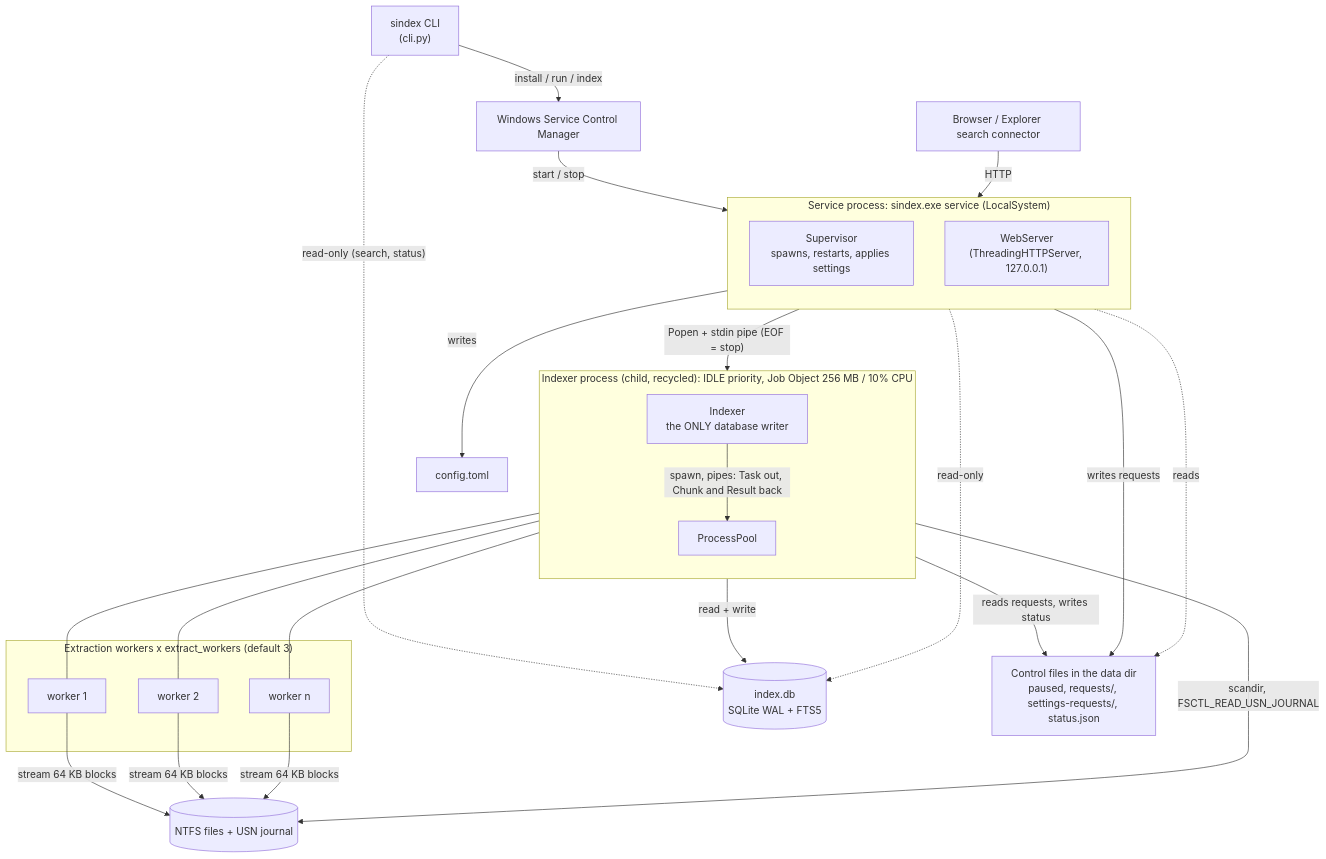
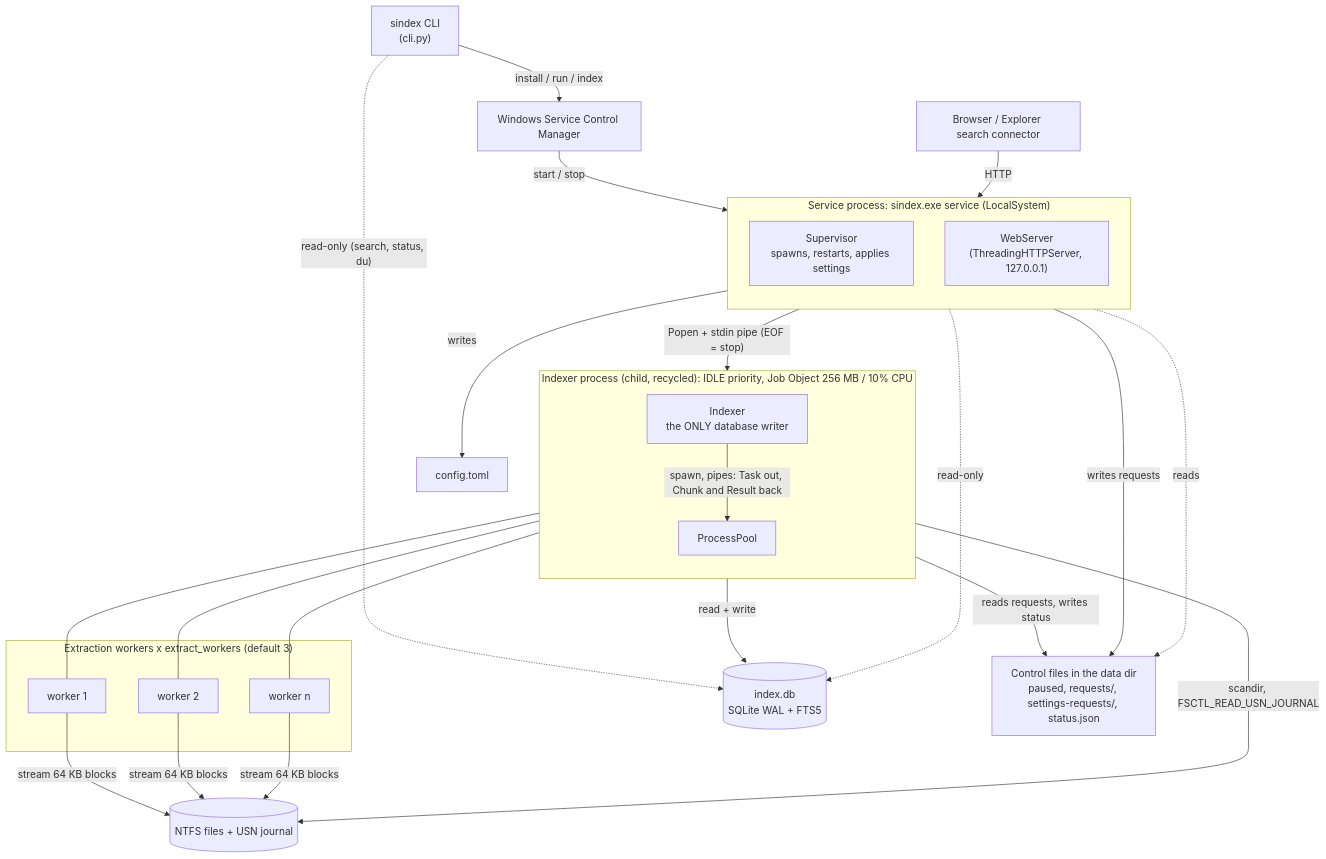
The first of 16 diagrams in architecture.md (igrowing/sindex), drawn with Mermaid before and after one commit. The commit also changed other lines of this file, not shown here.

````diff
--- a/architecture.md
+++ b/architecture.md
@@ -33,48 +33,48 @@
 ```mermaid
 flowchart TB
     SCM["Windows Service Control Manager"]
     CLI["sindex CLI<br/>(cli.py)"]
     Browser["Browser / Explorer search connector"]
 
     subgraph SVC["Service process: sindex.exe service (LocalSystem)"]
         direction TB
         Sup["Supervisor<br/>spawns, restarts, applies settings"]
         Web["WebServer<br/>(ThreadingHTTPServer, 127.0.0.1)"]
     end
 
     subgraph IDX["Indexer process (child, recycled): IDLE priority, Job Object 256 MB / 10% CPU"]
         direction TB
         Ind["Indexer<br/>the ONLY database writer"]
         Pool["ProcessPool"]
     end
 
     subgraph WRK["Extraction workers x extract_workers (default 3)"]
         W1["worker 1"]
         W2["worker 2"]
         W3["worker n"]
     end
 
     DB[("index.db<br/>SQLite WAL + FTS5")]
     Files["Control files in the data dir<br/>paused, requests/, settings-requests/, status.json"]
     Cfg["config.toml"]
     FS[("NTFS files + USN journal")]
 
     SCM -->|start / stop| Sup
     CLI -->|"install / run / index"| SCM
     Browser -->|HTTP| Web
     Sup -->|"Popen + stdin pipe (EOF = stop)"| Ind
     Ind -->|"spawn, pipes: Task out, Chunk and Result back"| Pool
     Pool --- W1
     Pool --- W2
     Pool --- W3
 
     Ind -->|"read + write"| DB
     Web -.->|"read-only"| DB
-    CLI -.->|"read-only (search, status)"| DB
+    CLI -.->|"read-only (search, status, du)"| DB
     Web -->|"writes requests"| Files
     Ind -->|"reads requests, writes status"| Files
     Sup -->|"writes"| Cfg
     Web -.->|"reads"| Files
     W1 & W2 & W3 -->|"stream 64 KB blocks"| FS
     Ind -->|"scandir, FSCTL_READ_USN_JOURNAL"| FS
 ```
````
